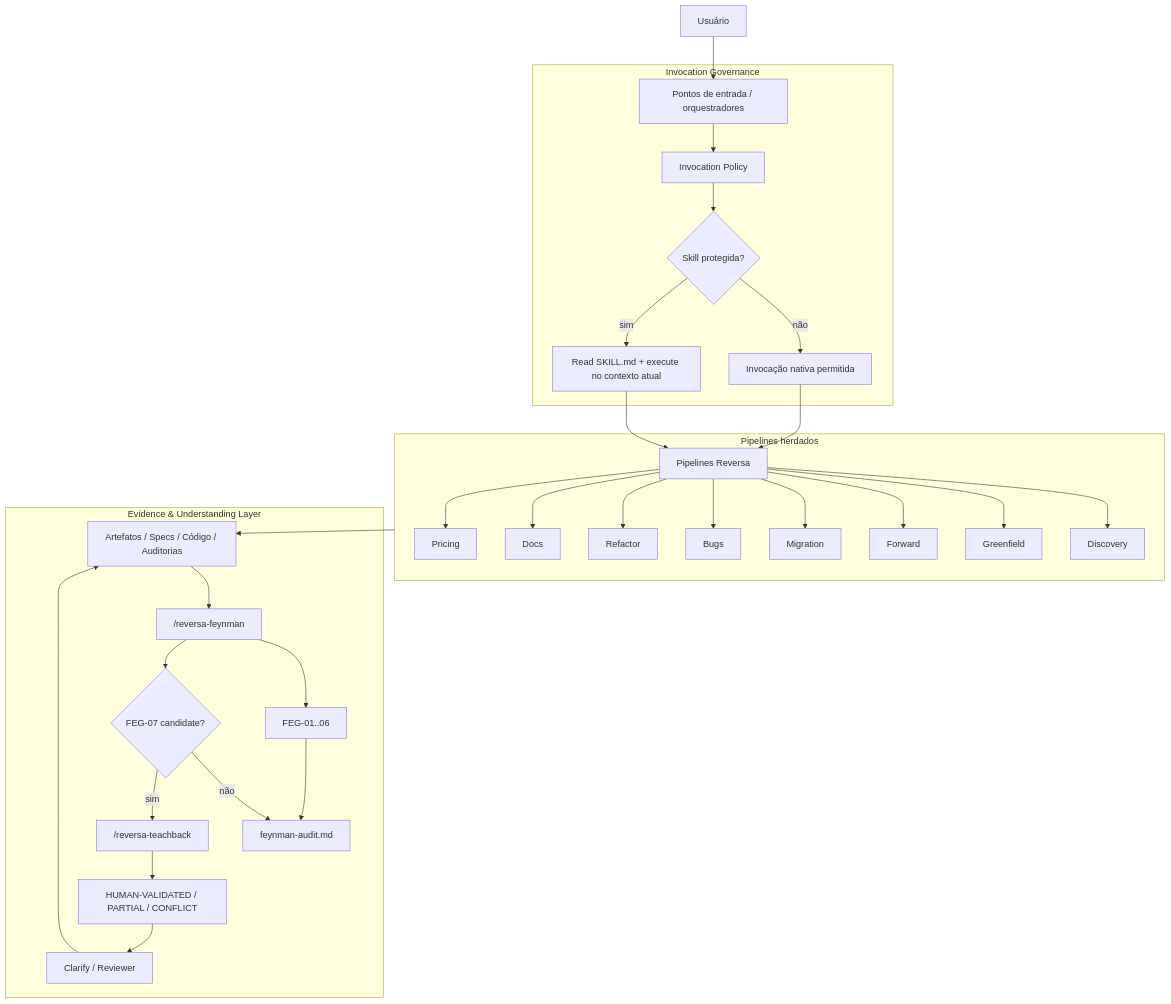
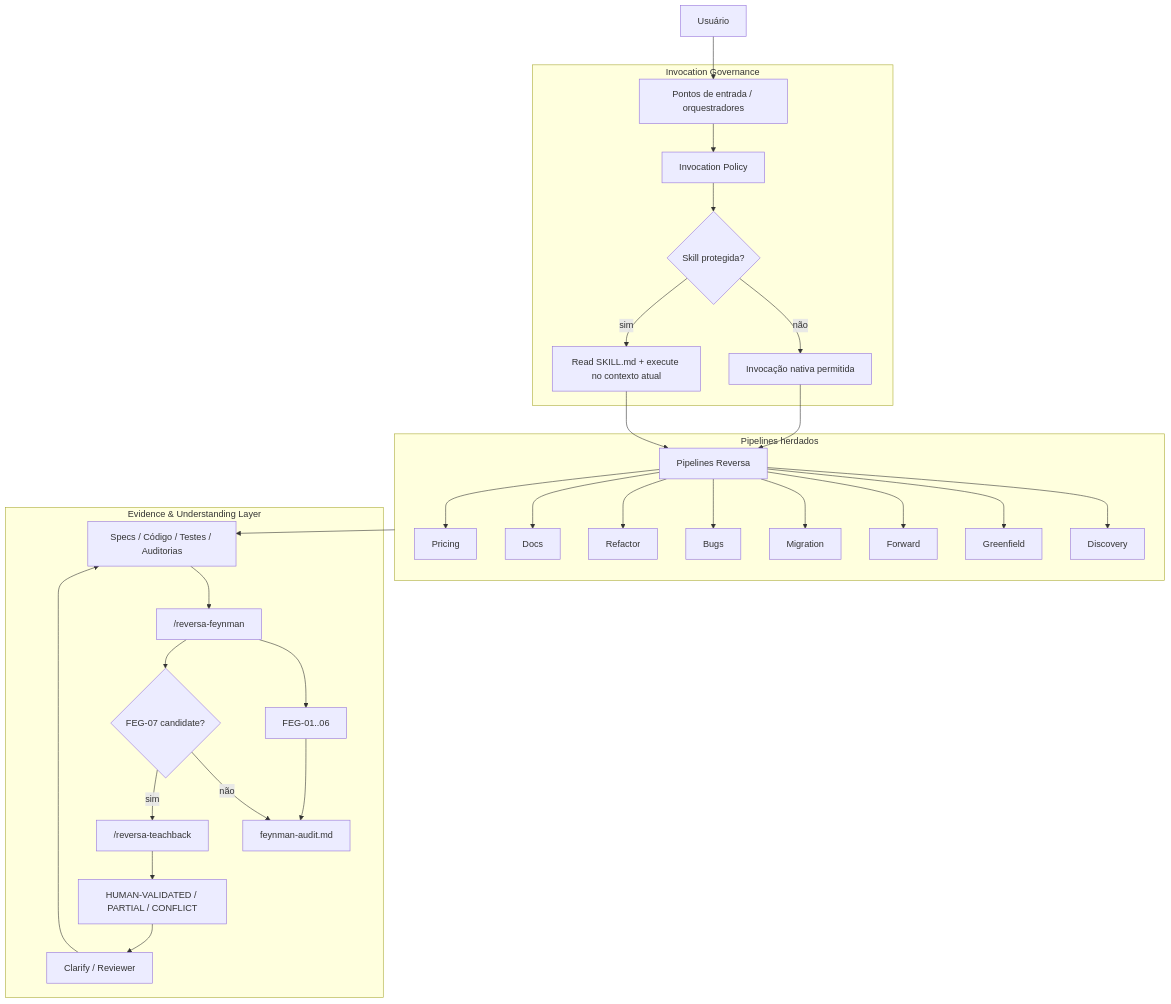
Before and after one commit to MarceloClaro/reversa: the third of 5 diagrams in README.md, drawn with Mermaid. The commit also changed other lines of this file and 11 other files, not shown here.

First line of the commit message:
feat: integrar camada adaptativa MCI e ACME ao ReversaFeynman

````diff
--- a/README.md
+++ b/README.md
@@ -152,40 +155,40 @@
 ```mermaid
 flowchart TB
     U["Usuário"] --> E["Pontos de entrada / orquestradores"]
 
     subgraph INV["Invocation Governance"]
         E --> POL["Invocation Policy"]
         POL --> META{"Skill protegida?"}
-        META -->|não| NATIVE["Invocação nativa permitida"]
-        META -->|sim| READ["Read SKILL.md + execute no contexto atual"]
+        META -->|"não"| NATIVE["Invocação nativa permitida"]
+        META -->|"sim"| READ["Read SKILL.md + execute no contexto atual"]
     end
 
     NATIVE --> PIPE["Pipelines Reversa"]
     READ --> PIPE
 
     subgraph CORE["Pipelines herdados"]
         PIPE --> DISC["Discovery"]
         PIPE --> NEW["Greenfield"]
         PIPE --> FWD["Forward"]
         PIPE --> MIG["Migration"]
         PIPE --> BUG["Bugs"]
         PIPE --> REF["Refactor"]
         PIPE --> DOC["Docs"]
         PIPE --> PRICE["Pricing"]
     end
 
-    CORE --> ART["Artefatos / Specs / Código / Auditorias"]
+    CORE --> ART["Specs / Código / Testes / Auditorias"]
 
     subgraph FE["Evidence & Understanding Layer"]
         ART --> FY["/reversa-feynman"]
         FY --> G1["FEG-01..06"]
         FY --> G7{"FEG-07 candidate?"}
-        G7 -->|não| REPORT["feynman-audit.md"]
-        G7 -->|sim| TB["/reversa-teachback"]
+        G7 -->|"não"| REPORT["feynman-audit.md"]
+        G7 -->|"sim"| TB["/reversa-teachback"]
         TB --> HS["HUMAN-VALIDATED / PARTIAL / CONFLICT"]
         HS --> CR["Clarify / Reviewer"]
         G1 --> REPORT
     end
 
     CR --> ART
 ```
````
